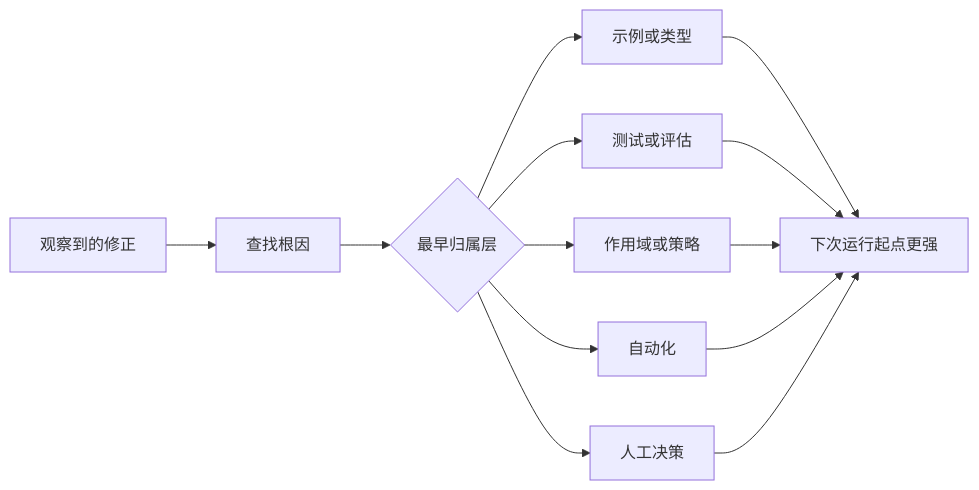
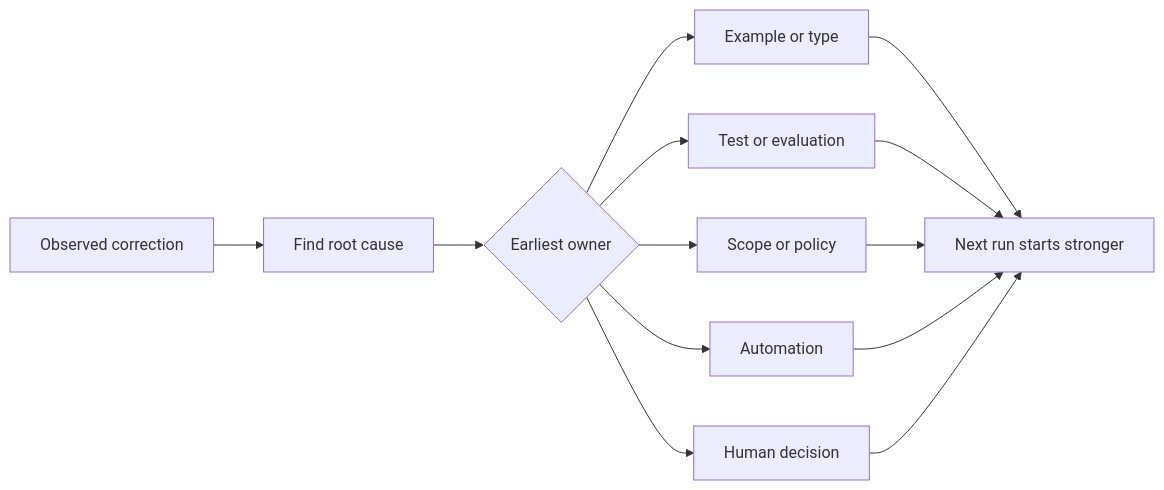
One commit to xiaojiaenen/ai-engineering-from-scratch-zh changed the diagram in i18n/zh/phases/14-agent-engineering/46-turn-feedback-into-system/docs/zh.md. Above: the diagram before and after it, drawn with Mermaid. The commit also changed other lines of this file and 54 other files, not shown here.

````diff
--- a/i18n/zh/phases/14-agent-engineering/46-turn-feedback-into-system/docs/zh.md
+++ b/i18n/zh/phases/14-agent-engineering/46-turn-feedback-into-system/docs/zh.md
@@ -38,15 +38,15 @@
 ```mermaid
 flowchart LR
-  O[观察到的修正] --> C[查找根因]
-  C --> T{最早归属层}
-  T --> E[示例或类型]
-  T --> V[测试或评估]
-  T --> S[作用域或策略]
-  T --> A[自动化]
-  T --> H[人工决策]
-  E --> N[下次运行起点更强]
+  O[Observed correction] --> C[Find root cause]
+  C --> T{Earliest owner}
+  T --> E[Example or type]
+  T --> V[Test or evaluation]
+  T --> S[Scope or policy]
+  T --> A[Automation]
+  T --> H[Human decision]
+  E --> N[Next run starts stronger]
   V --> N
   S --> N
   A --> N
   H --> N
 ```
````
